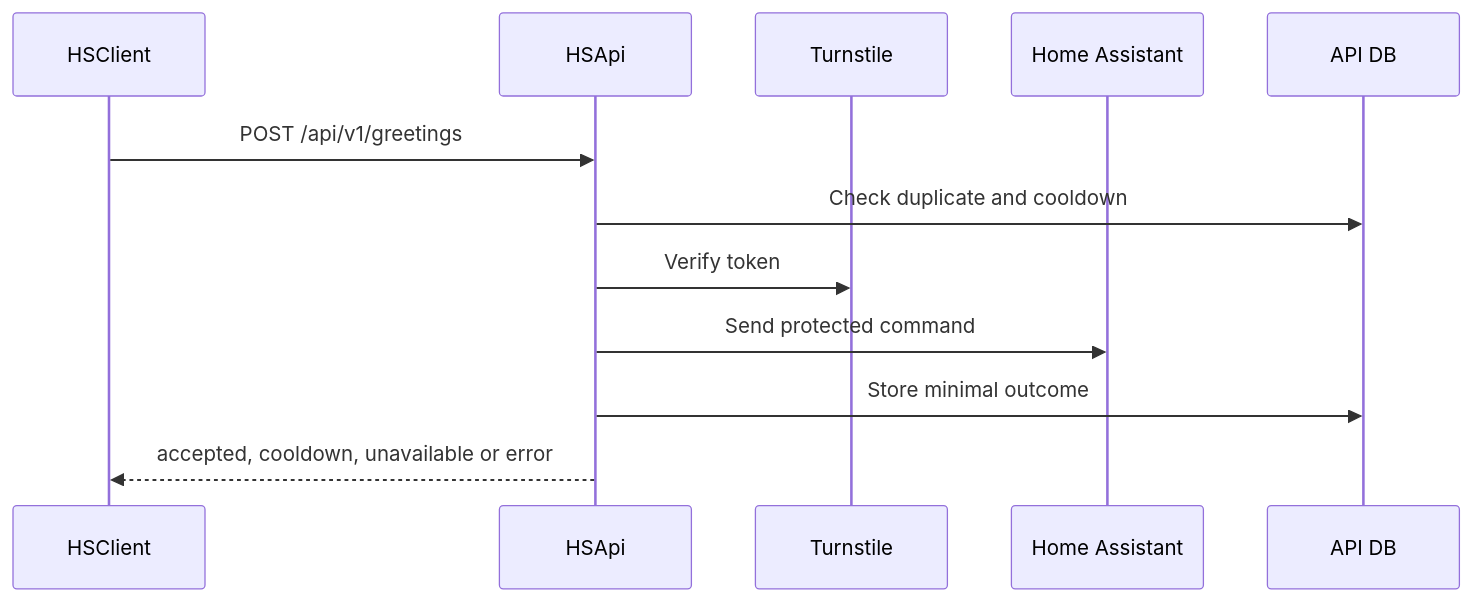
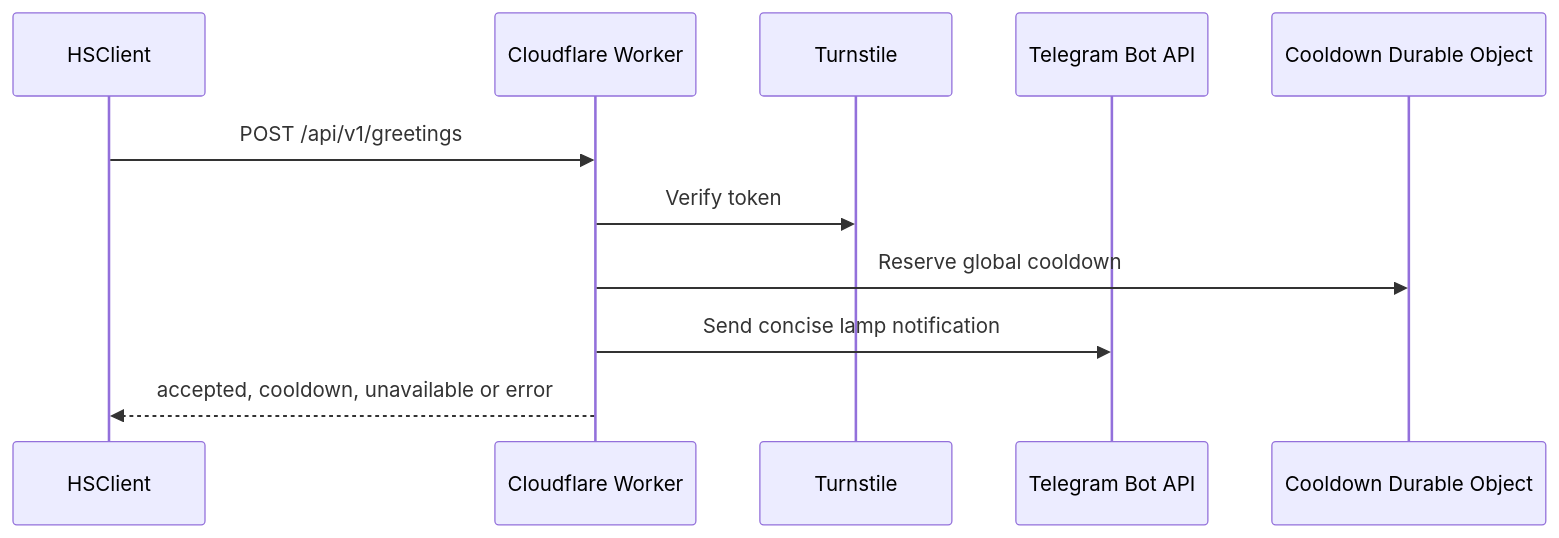
The second of 2 diagrams in docs/Architecture/request-flow.md (HugoSpangberg/hugospangberg-portfolio), drawn with Mermaid before and after one commit. The commit also changed 25 other files, not shown here.

Commit message:
feat(say-hi): send Telegram notification from lamp click

````diff
--- a/docs/Architecture/request-flow.md
+++ b/docs/Architecture/request-flow.md
@@ -24,15 +24,14 @@
 ```mermaid
 sequenceDiagram
   participant C as HSClient
-  participant A as HSApi
+  participant W as Cloudflare Worker
   participant T as Turnstile
-  participant H as Home Assistant
-  participant D as API DB
+  participant G as Telegram Bot API
+  participant D as Cooldown Durable Object
 
-  C->>A: POST /api/v1/greetings
-  A->>D: Check duplicate and cooldown
-  A->>T: Verify token
-  A->>H: Send protected command
-  A->>D: Store minimal outcome
-  A-->>C: accepted, cooldown, unavailable or error
+  C->>W: POST /api/v1/greetings
+  W->>T: Verify token
+  W->>D: Reserve global cooldown
+  W->>G: Send concise lamp notification
+  W-->>C: accepted, cooldown, unavailable or error
 ```
````
